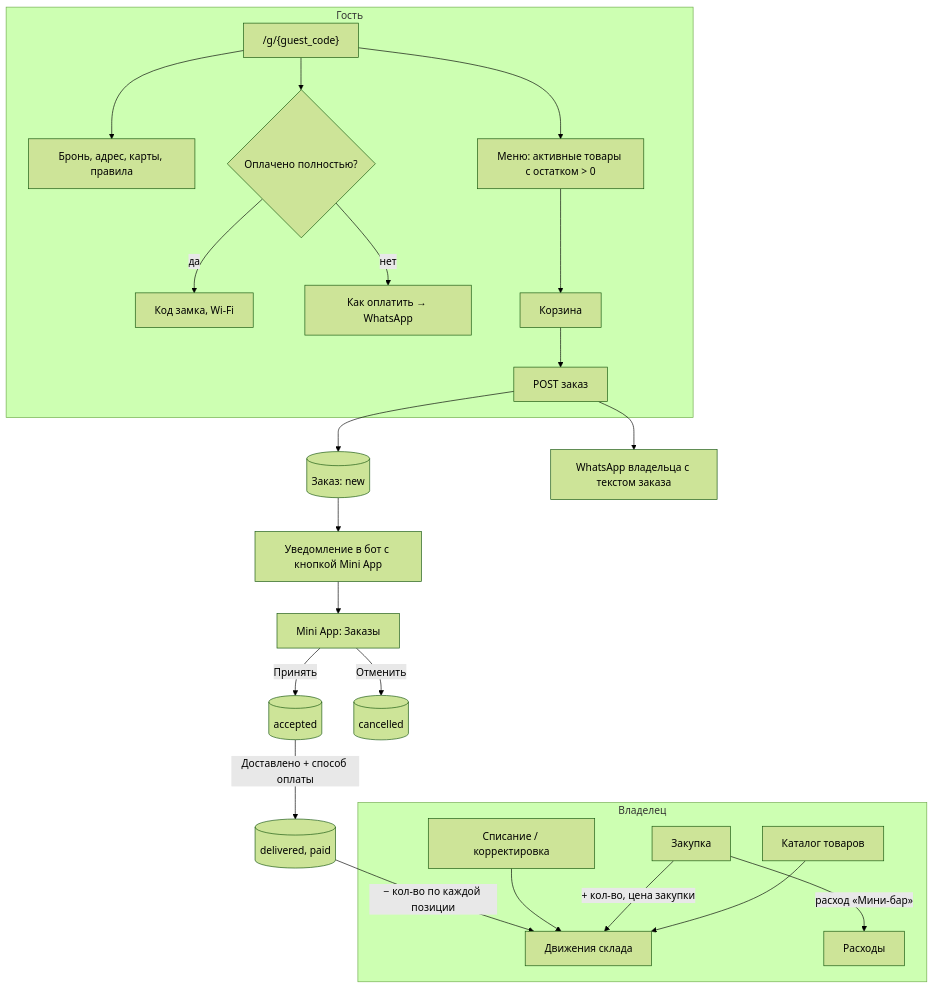
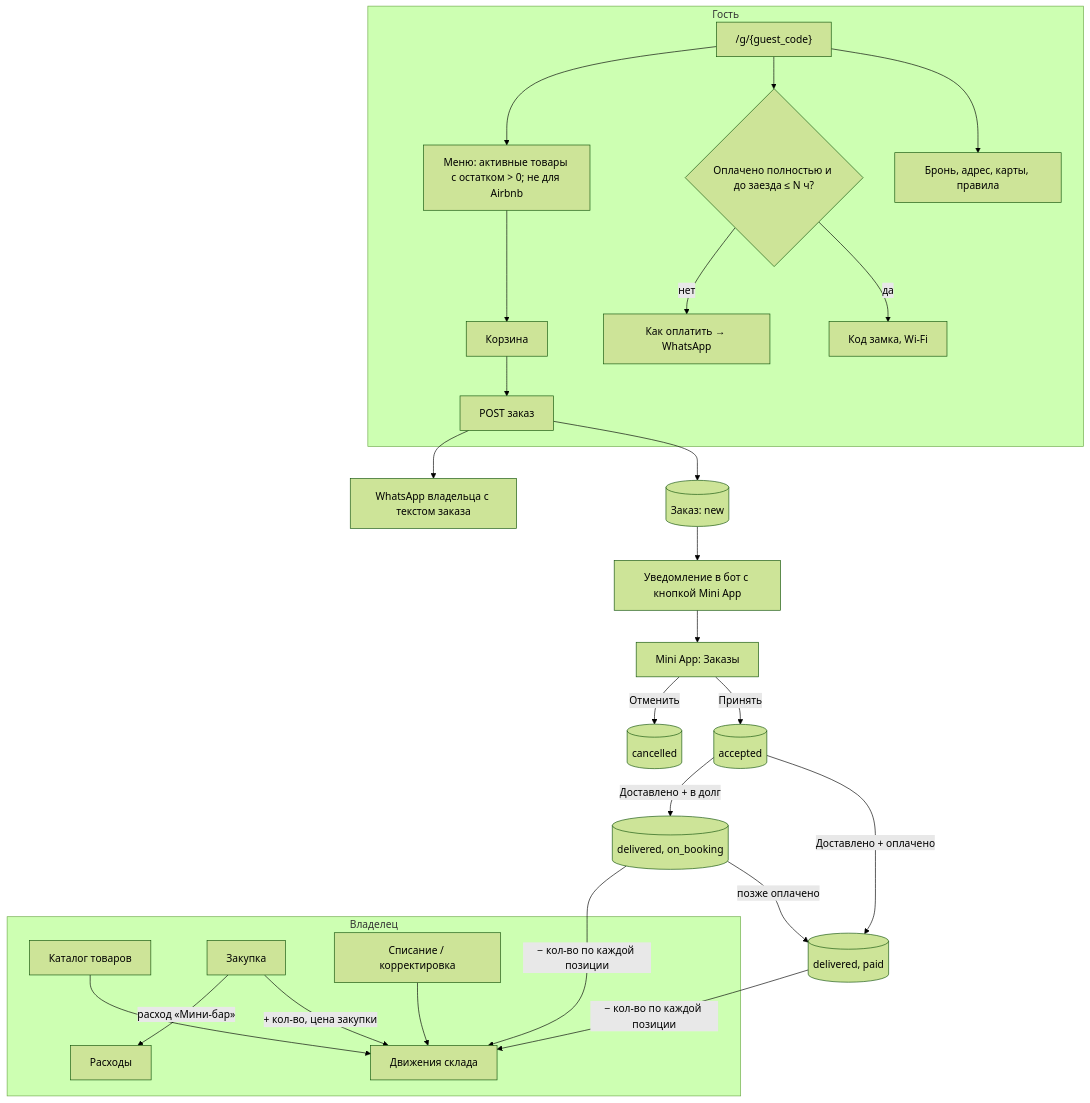
One commit to Mykty-Ayan/day changed the diagram in docs/specs/minibar-guest-panel.md. Above: the diagram before and after it, drawn with Mermaid (forest theme). The commit also changed other lines of this file, not shown here.

````diff
--- a/docs/specs/minibar-guest-panel.md
+++ b/docs/specs/minibar-guest-panel.md
@@ -29,27 +31,30 @@
 ```mermaid
 flowchart TD
     subgraph Владелец
         P[Каталог товаров] --> M[Движения склада]
         BUY[Закупка] -->|+ кол-во, цена закупки| M
         BUY -->|расход «Мини-бар»| EXP[Расходы]
         WO[Списание / корректировка] --> M
     end
 
     subgraph Гость
         LINK["/g/{guest_code}"] --> INFO[Бронь, адрес, карты, правила]
-        LINK --> SECRET{"Оплачено полностью?"}
+        LINK --> SECRET{"Оплачено полностью и до заезда ≤ N ч?"}
         SECRET -->|да| CODE[Код замка, Wi-Fi]
         SECRET -->|нет| PAY[Как оплатить → WhatsApp]
-        LINK --> MENU[Меню: активные товары с остатком > 0]
+        LINK --> MENU[Меню: активные товары с остатком > 0; не для Airbnb]
         MENU --> CART[Корзина] --> ORDER[POST заказ]
     end
 
     ORDER --> O[(Заказ: new)]
     ORDER --> WA[WhatsApp владельца с текстом заказа]
     O --> BOT[Уведомление в бот с кнопкой Mini App]
     BOT --> MA[Mini App: Заказы]
     MA -->|Принять| O2[(accepted)]
-    O2 -->|Доставлено + способ оплаты| O3[(delivered, paid)]
+    O2 -->|Доставлено + оплачено| O3[(delivered, paid)]
+    O2 -->|Доставлено + в долг| O5[(delivered, on_booking)]
+    O5 -->|позже оплачено| O3
     O3 -->|− кол-во по каждой позиции| M
+    O5 -->|− кол-во по каждой позиции| M
     MA -->|Отменить| O4[(cancelled)]
 ```
````
